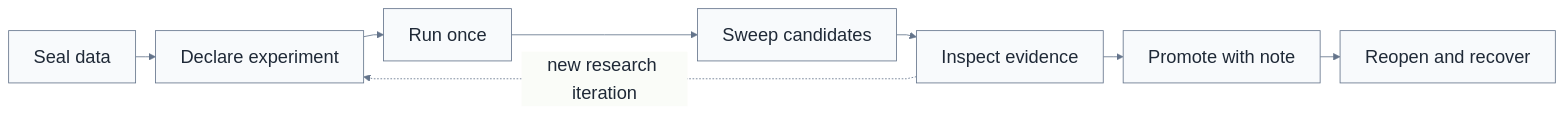
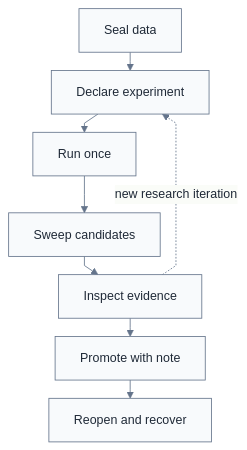
Before and after one commit to blechturm/ledgr: the first of 2 diagrams in vignettes/research-workflow.md, drawn with Mermaid. The commit also changed other lines of this file and 15 other files, not shown here.

````diff
--- a/vignettes/research-workflow.md
+++ b/vignettes/research-workflow.md
@@ -40,15 +40,15 @@
-``` mermaid
-%%{init: {"theme": "base", "flowchart": {"nodeSpacing": 18, "rankSpacing": 24, "curve": "linear"}, "themeVariables": {"fontFamily": "system-ui, -apple-system, Segoe UI, sans-serif", "fontSize": "22px", "primaryColor": "#f8fafc", "primaryTextColor": "#1f2937", "primaryBorderColor": "#64748b", "lineColor": "#64748b", "tertiaryColor": "#eef2ff", "tertiaryTextColor": "#1f2937", "tertiaryBorderColor": "#64748b", "clusterBkg": "#ffffff", "clusterBorder": "#cbd5e1"}}}%%
+```mermaid
+%%{init: {"theme": "base", "flowchart": {"nodeSpacing": 18, "rankSpacing": 22, "curve": "linear"}, "themeVariables": {"fontFamily": "system-ui, -apple-system, Segoe UI, sans-serif", "fontSize": "15px", "primaryColor": "#f8fafc", "primaryTextColor": "#1f2937", "primaryBorderColor": "#64748b", "lineColor": "#64748b", "tertiaryColor": "#eef2ff", "tertiaryTextColor": "#1f2937", "tertiaryBorderColor": "#64748b", "clusterBkg": "#ffffff", "clusterBorder": "#cbd5e1"}}}%%
 
-flowchart LR
+flowchart TB
   data["Seal data"]
   experiment["Declare experiment"]
   single["Run once"]
   sweep["Sweep candidates"]
   inspect["Inspect evidence"]
   promote["Promote with note"]
   reopen["Reopen and recover"]
 
   data --> experiment --> single --> sweep --> inspect --> promote --> reopen
   inspect -. new research iteration .-> experiment
 ```
````
